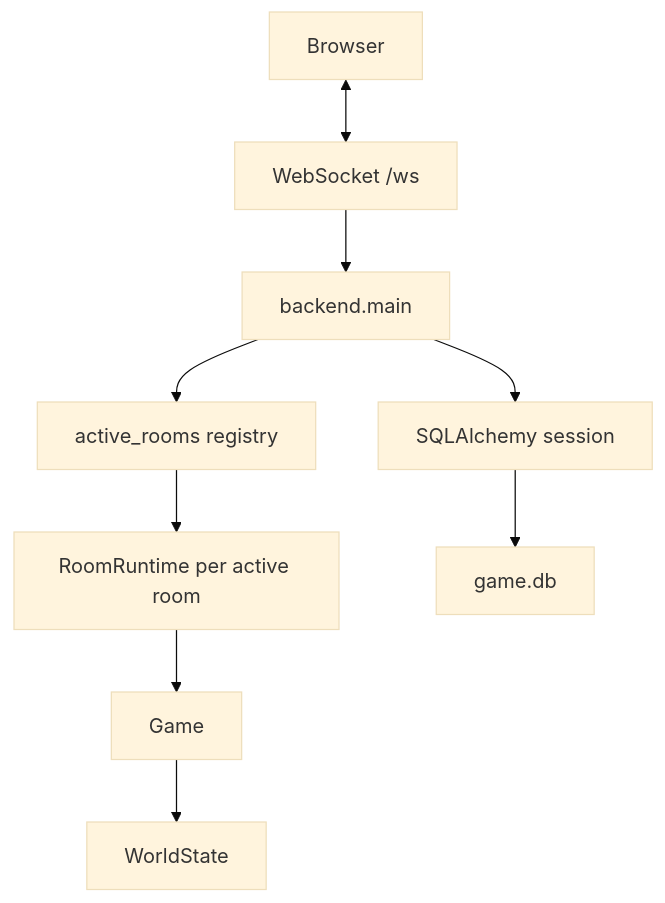
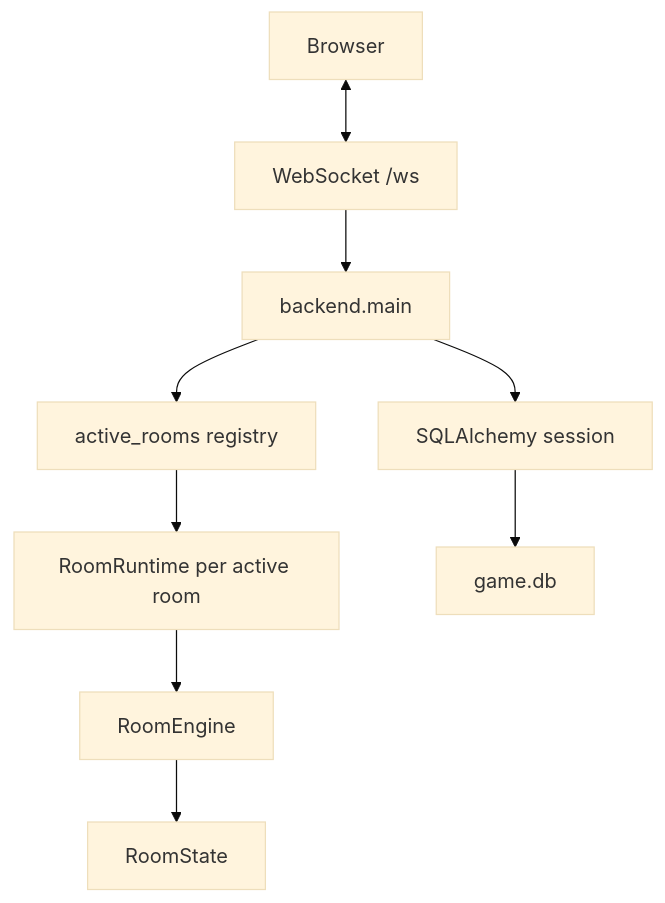
The first of 2 diagrams in docs/BACKEND.md (GoldenWind8/roguelike-mvp), drawn with Mermaid (base theme) before and after one commit. The commit also changed other lines of this file and 29 other files, not shown here.

````diff
--- a/docs/BACKEND.md
+++ b/docs/BACKEND.md
@@ -24,11 +24,11 @@
 ```mermaid
 flowchart TB
     Client["Browser"] <--> WS["WebSocket /ws"]
     WS --> Main["backend.main"]
     Main --> Reg["active_rooms registry"]
     Reg --> RT["RoomRuntime per active room"]
-    RT --> Game["Game"]
-    Game --> World["WorldState"]
+    RT --> RoomEngine["RoomEngine"]
+    RoomEngine --> World["RoomState"]
     Main --> DB["SQLAlchemy session"]
     DB --> SQLite["game.db"]
 ```
````
